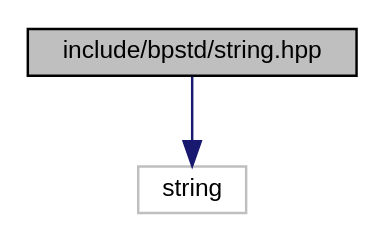
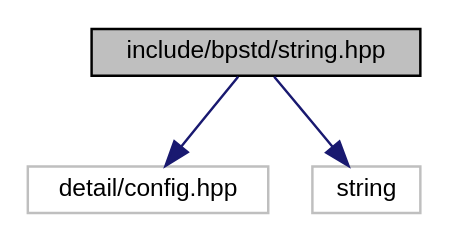
The diagram in api/latest/df/d95/string_8hpp__incl.dot (bitwizeshift/BackportCpp), drawn with Graphviz before and after one commit. The commit also changed 183 other files, not shown here.

```diff
--- a/api/latest/df/d95/string_8hpp__incl.dot
+++ b/api/latest/df/d95/string_8hpp__incl.dot
@@ -1,8 +1,10 @@
 digraph "include/bpstd/string.hpp"
 {
   edge [fontname="Helvetica",fontsize="10",labelfontname="Helvetica",labelfontsize="10"];
   node [fontname="Helvetica",fontsize="10",shape=record];
   Node0 [label="include/bpstd/string.hpp",height=0.2,width=0.4,color="black", fillcolor="grey75", style="filled", fontcolor="black"];
   Node0 -> Node1 [color="midnightblue",fontsize="10",style="solid",fontname="Helvetica"];
-  Node1 [label="string",height=0.2,width=0.4,color="grey75", fillcolor="white", style="filled"];
+  Node1 [label="detail/config.hpp",height=0.2,width=0.4,color="grey75", fillcolor="white", style="filled"];
+  Node0 -> Node2 [color="midnightblue",fontsize="10",style="solid",fontname="Helvetica"];
+  Node2 [label="string",height=0.2,width=0.4,color="grey75", fillcolor="white", style="filled"];
 }
```
